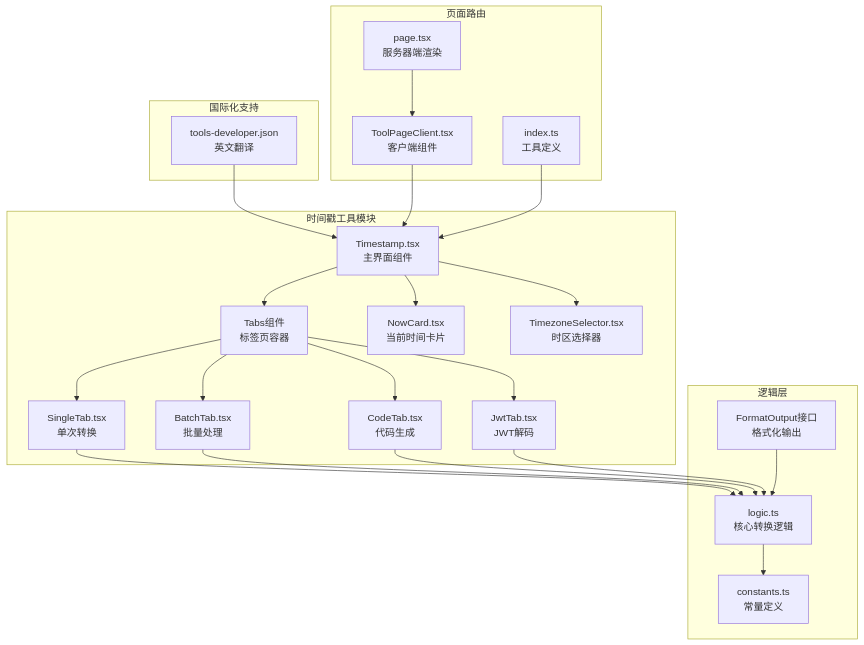
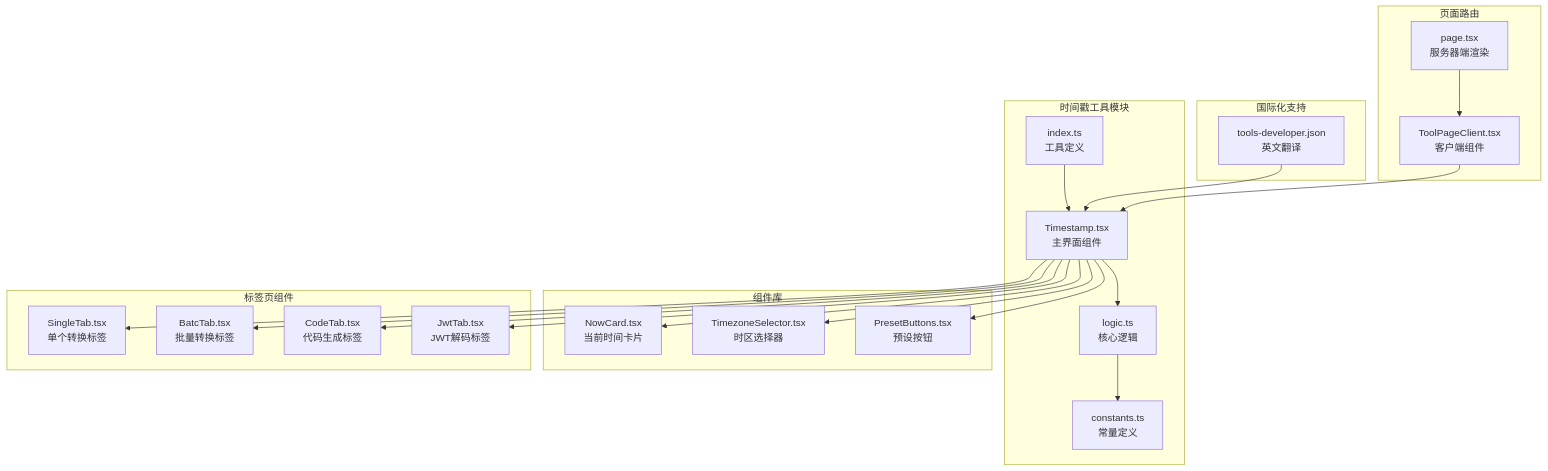
The first of 13 diagrams in .qoder/repowiki/zh/content/开发者工具/时间戳工具.md (sgyy/privadeck), drawn with Mermaid before and after one commit. The commit also changed other lines of this file and 48 other files, not shown here.

````diff
--- a/.qoder/repowiki/zh/content/开发者工具/时间戳工具.md
+++ b/.qoder/repowiki/zh/content/开发者工具/时间戳工具.md
@@ -64,43 +64,40 @@
 ```mermaid
 graph TB
 subgraph "时间戳工具模块"
 A[Timestamp.tsx<br/>主界面组件]
-B[Tabs组件<br/>标签页容器]
-C[SingleTab.tsx<br/>单次转换]
-D[BatchTab.tsx<br/>批量处理]
-E[CodeTab.tsx<br/>代码生成]
-F[JwtTab.tsx<br/>JWT解码]
-G[NowCard.tsx<br/>当前时间卡片]
-H[TimezoneSelector.tsx<br/>时区选择器]
+B[logic.ts<br/>核心逻辑]
+C[index.ts<br/>工具定义]
+D[constants.ts<br/>常量定义]
 end
-subgraph "逻辑层"
-I[logic.ts<br/>核心转换逻辑]
-J[constants.ts<br/>常量定义]
-K[FormatOutput接口<br/>格式化输出]
+subgraph "组件库"
+E[NowCard.tsx<br/>当前时间卡片]
+F[TimezoneSelector.tsx<br/>时区选择器]
+G[PresetButtons.tsx<br/>预设按钮]
+end
+subgraph "标签页组件"
+H[SingleTab.tsx<br/>单个转换标签]
+I[BatcTab.tsx<br/>批量转换标签]
+J[CodeTab.tsx<br/>代码生成标签]
+K[JwtTab.tsx<br/>JWT解码标签]
 end
 subgraph "国际化支持"
 L[tools-developer.json<br/>英文翻译]
 end
 subgraph "页面路由"
 M[page.tsx<br/>服务器端渲染]
 N[ToolPageClient.tsx<br/>客户端组件]
-O[index.ts<br/>工具定义]
 end
 A --> B
-B --> C
-B --> D
-B --> E
-B --> F
+A --> E
+A --> F
 A --> G
 A --> H
-C --> I
-D --> I
-E --> I
-F --> I
-I --> J
-K --> I
+A --> I
+A --> J
+A --> K
+B --> D
+C --> A
 L --> A
 M --> N
 N --> A
-O --> A
 ```
````
